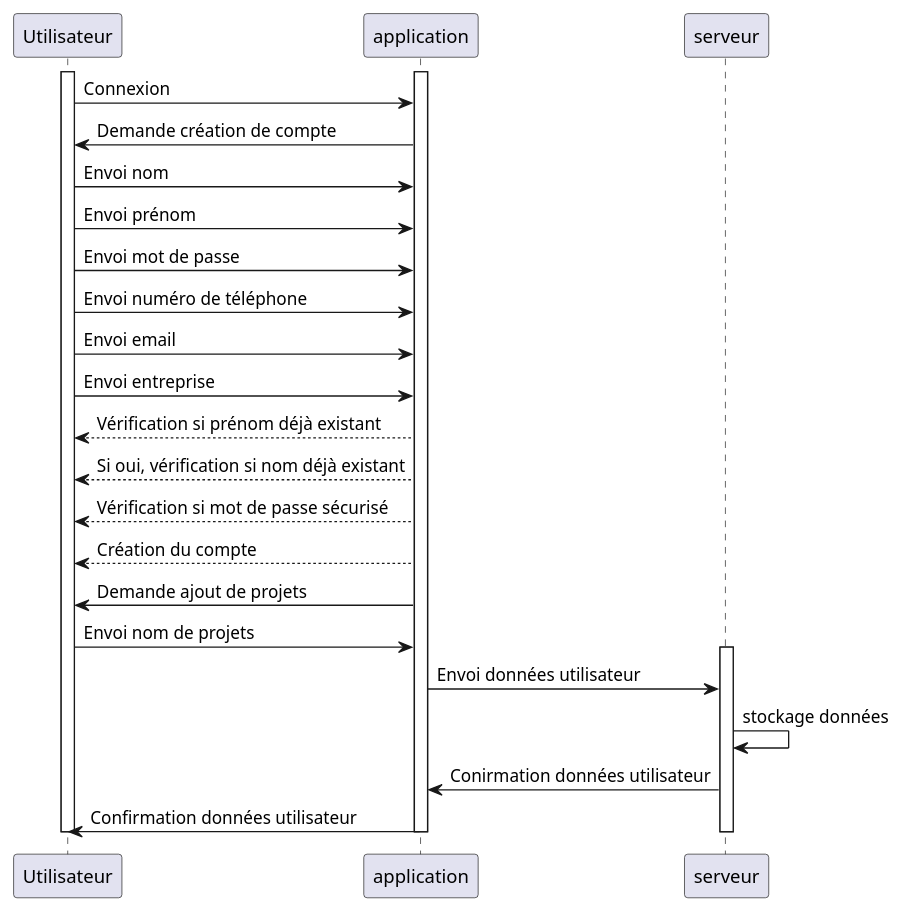
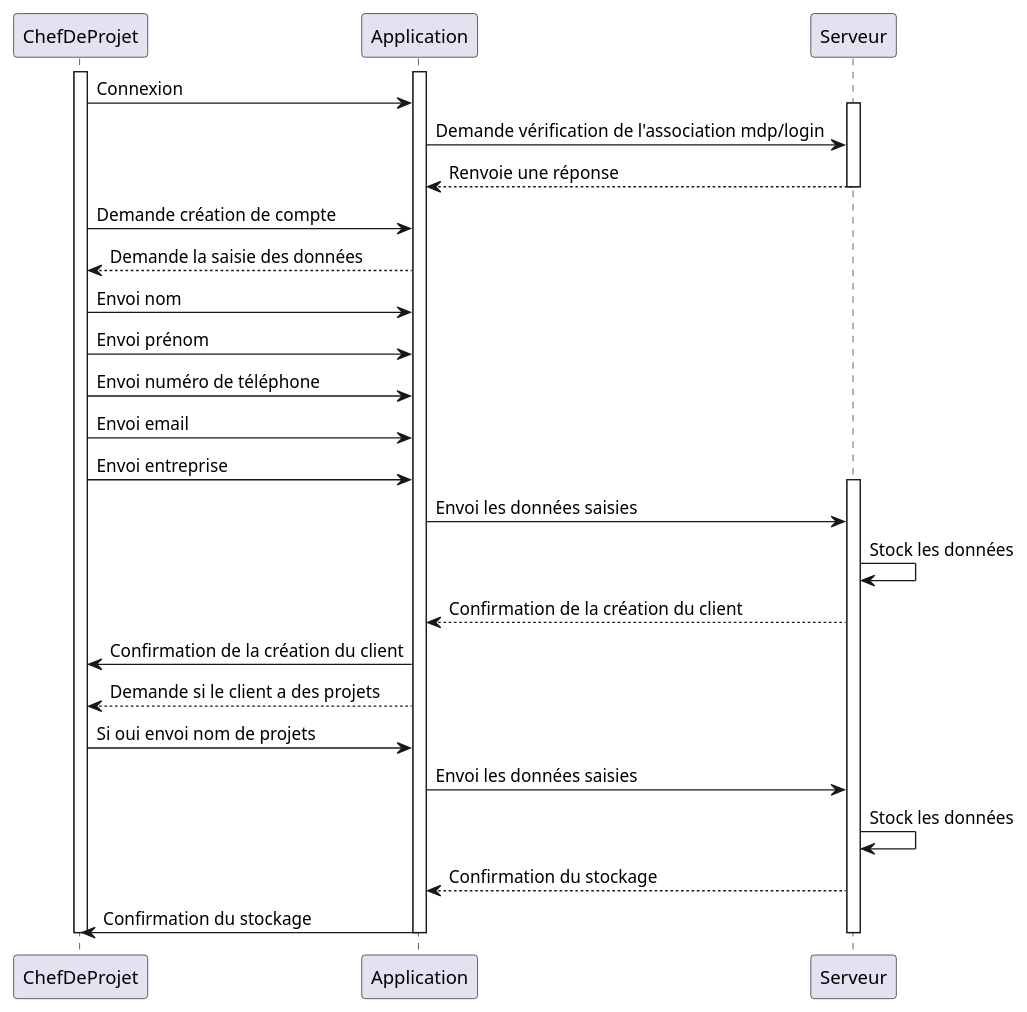
Before and after one commit to IUT-Blagnac/ptut-s2-g6-s2-ptut: the diagram in Diagrammes/CreerClient.plantuml, drawn with PlantUML. The commit also changed 1 other file, not shown here.

```diff
--- a/Diagrammes/CreerClient.plantuml
+++ b/Diagrammes/CreerClient.plantuml
@@ -1,39 +1,45 @@
 @startuml
 
 hide circle
 hide empty members
 hide empty methods
 
 
-participant Utilisateur
-participant application as Serveur
-participant serveur as s
+participant ChefDeProjet as c
+participant Application as App
+participant Serveur as s
 
-activate Utilisateur
-activate Serveur
+activate c
+activate App
 
-Utilisateur -> Serveur : Connexion
-Utilisateur <- Serveur : Demande création de compte
-Utilisateur -> Serveur : Envoi nom
-Utilisateur -> Serveur : Envoi prénom
-Utilisateur -> Serveur : Envoi mot de passe
-Utilisateur -> Serveur : Envoi numéro de téléphone
-Utilisateur -> Serveur : Envoi email
-Utilisateur -> Serveur : Envoi entreprise
-Utilisateur <-- Serveur : Vérification si prénom déjà existant
-Utilisateur <-- Serveur : Si oui, vérification si nom déjà existant
-Utilisateur <-- Serveur : Vérification si mot de passe sécurisé
-Utilisateur <-- Serveur : Création du compte
-Utilisateur <- Serveur : Demande ajout de projets
-Utilisateur -> Serveur : Envoi nom de projets
+c -> App : Connexion
+
 activate s
+App -> s : Demande vérification de l'association mdp/login
+App <-- s : Renvoie une réponse
+deactivate s
 
-Serveur -> s : Envoi données utilisateur
-s -> s : stockage données
-s -> Serveur : Conirmation données utilisateur
-Serveur -> Utilisateur : Confirmation données utilisateur
-deactivate Utilisateur
-deactivate Serveur
+c -> App : Demande création de compte
+c <-- App : Demande la saisie des données
+c -> App : Envoi nom
+c -> App : Envoi prénom
+c -> App : Envoi numéro de téléphone
+c -> App : Envoi email
+c -> App : Envoi entreprise
+
+activate s
+App -> s : Envoi les données saisies
+s -> s : Stock les données
+s --> App : Confirmation de la création du client
+App -> c : Confirmation de la création du client
+c <-- App : Demande si le client a des projets
+c -> App : Si oui envoi nom de projets
+s <- App : Envoi les données saisies
+s -> s : Stock les données
+s --> App : Confirmation du stockage
+App -> c : Confirmation du stockage
+deactivate c
+deactivate App
 deactivate s
 
 @enduml
```
